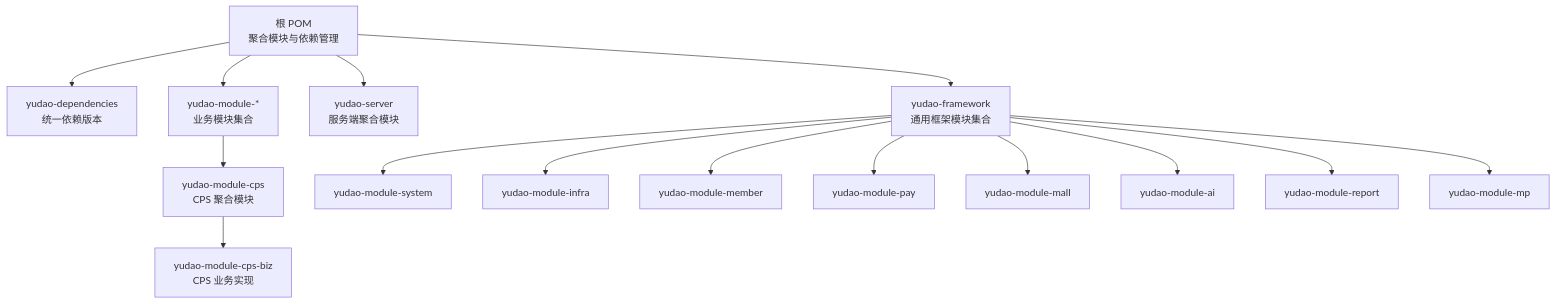
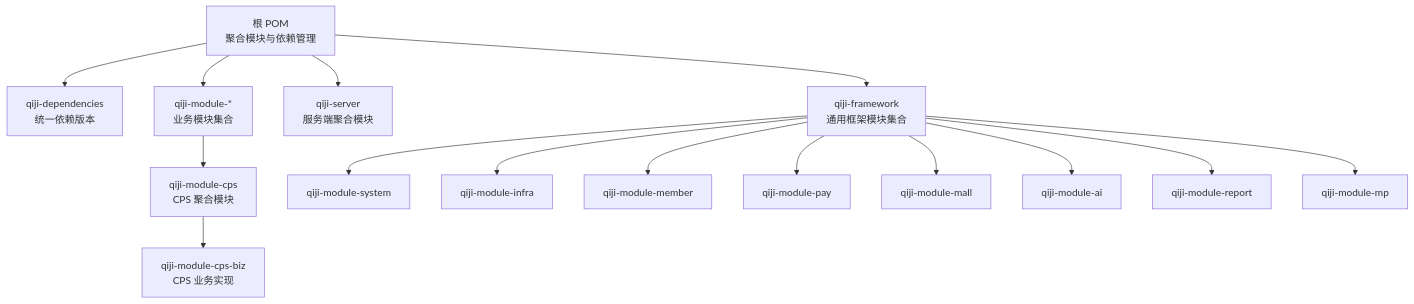
Before and after one commit to zhuangpengLI/AgenticCPS: the first of 3 diagrams in backend/.qoder/repowiki/zh/content/项目概述/许可证与开源协议.md, drawn with Mermaid. The commit also changed other lines of this file and 3489 other files, not shown here.

````diff
--- a/backend/.qoder/repowiki/zh/content/项目概述/许可证与开源协议.md
+++ b/backend/.qoder/repowiki/zh/content/项目概述/许可证与开源协议.md
@@ -31,17 +31,17 @@
 ```mermaid
 graph TB
-Root["根 POM<br/>聚合模块与依赖管理"] --> Deps["yudao-dependencies<br/>统一依赖版本"]
-Root --> Framework["yudao-framework<br/>通用框架模块集合"]
-Root --> Server["yudao-server<br/>服务端聚合模块"]
-Root --> Modules["yudao-module-*<br/>业务模块集合"]
-Modules --> CPS["yudao-module-cps<br/>CPS 聚合模块"]
-CPS --> CPSBiz["yudao-module-cps-biz<br/>CPS 业务实现"]
-Framework --> Sys["yudao-module-system"]
-Framework --> Infra["yudao-module-infra"]
-Framework --> Member["yudao-module-member"]
-Framework --> Pay["yudao-module-pay"]
-Framework --> Mall["yudao-module-mall"]
-Framework --> AI["yudao-module-ai"]
-Framework --> Report["yudao-module-report"]
-Framework --> MP["yudao-module-mp"]
+Root["根 POM<br/>聚合模块与依赖管理"] --> Deps["qiji-dependencies<br/>统一依赖版本"]
+Root --> Framework["qiji-framework<br/>通用框架模块集合"]
+Root --> Server["qiji-server<br/>服务端聚合模块"]
+Root --> Modules["qiji-module-*<br/>业务模块集合"]
+Modules --> CPS["qiji-module-cps<br/>CPS 聚合模块"]
+CPS --> CPSBiz["qiji-module-cps-biz<br/>CPS 业务实现"]
+Framework --> Sys["qiji-module-system"]
+Framework --> Infra["qiji-module-infra"]
+Framework --> Member["qiji-module-member"]
+Framework --> Pay["qiji-module-pay"]
+Framework --> Mall["qiji-module-mall"]
+Framework --> AI["qiji-module-ai"]
+Framework --> Report["qiji-module-report"]
+Framework --> MP["qiji-module-mp"]
 ```
````
